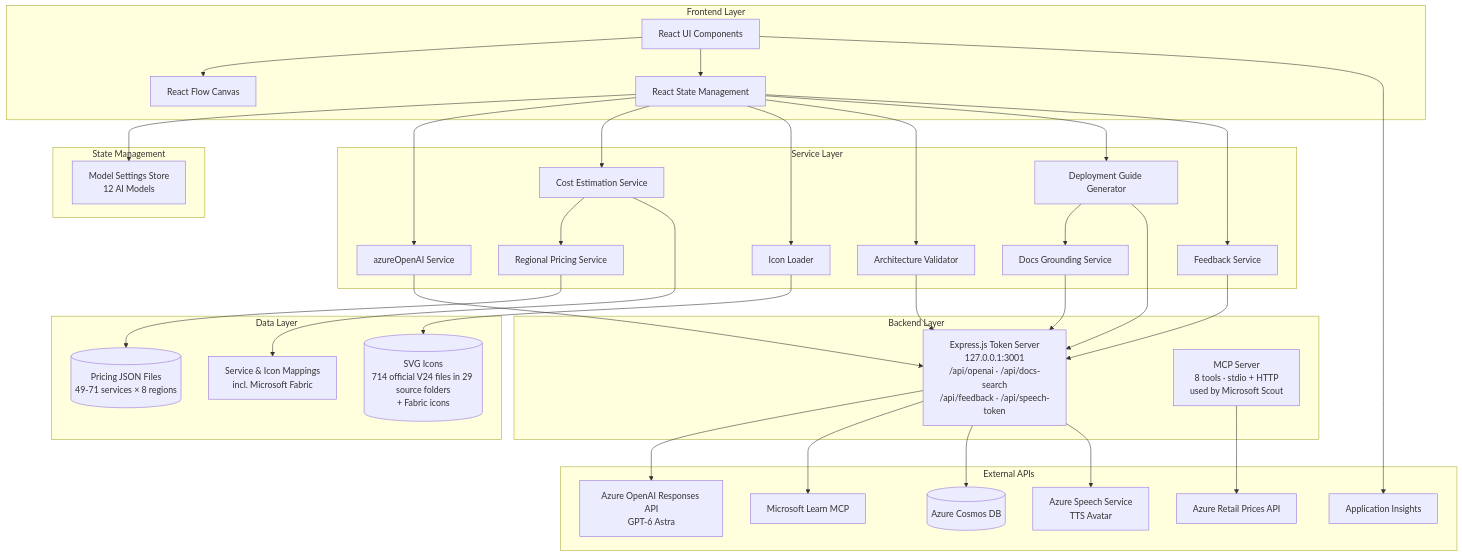
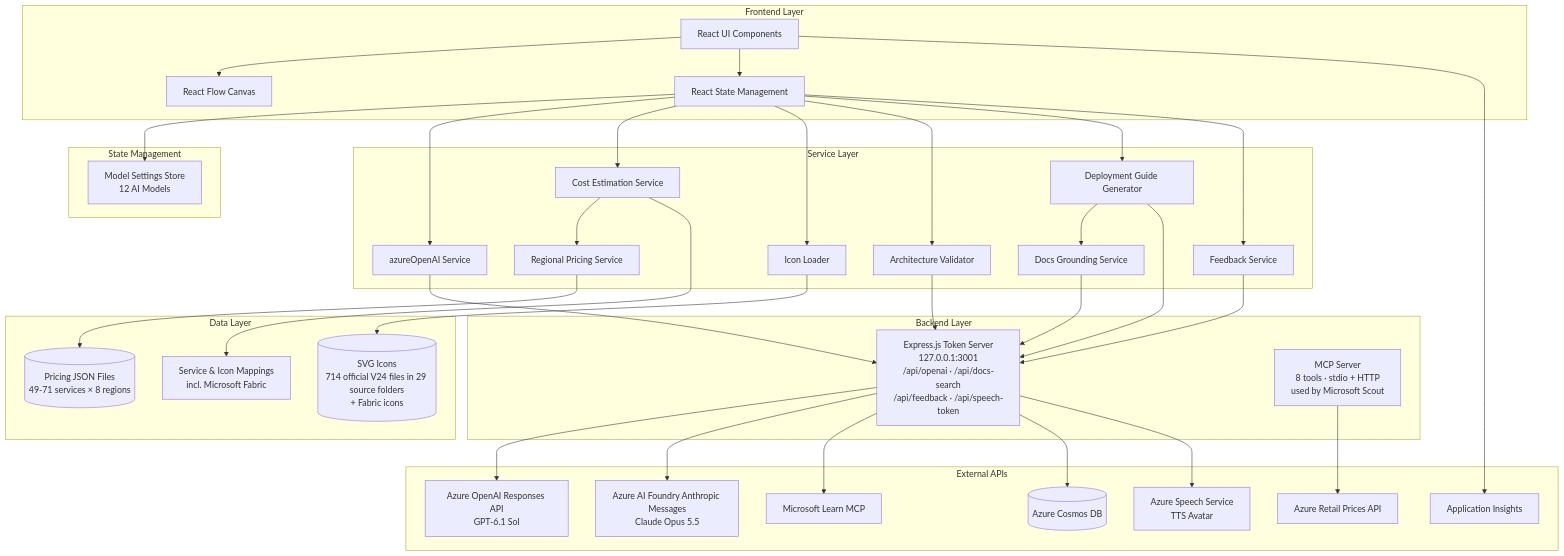
The first of 4 diagrams in DOCS/ARCHITECTURE.md (yang-jiayi/AzureDiagarm), drawn with Mermaid before and after one commit. The commit also changed other lines of this file and 68 other files, not shown here.

First line of the commit message:
Support managed GPT-6.1 Sol and Claude Opus 5.5

````diff
--- a/DOCS/ARCHITECTURE.md
+++ b/DOCS/ARCHITECTURE.md
@@ -15,69 +15,71 @@
 ```mermaid
 graph TB
     subgraph "Frontend Layer"
         UI[React UI Components]
         RF[React Flow Canvas]
         State[React State Management]
     end
 
     subgraph "Service Layer"
         AI[azureOpenAI Service]
         Pricing[Cost Estimation Service]
         Regional[Regional Pricing Service]
         Icons[Icon Loader]
         Validator[Architecture Validator]
         DeployGen[Deployment Guide Generator]
         DocsGround[Docs Grounding Service]
         Feedback[Feedback Service]
     end
 
     subgraph "State Management"
         ModelStore[Model Settings Store<br/>12 AI Models]
     end
 
     subgraph "Data Layer"
         PricingData[(Pricing JSON Files<br/>49-71 services × 8 regions)]
         IconData[(SVG Icons<br/>714 official V24 files in 29 source folders<br/>+ Fabric icons)]
         Mappings[Service & Icon Mappings<br/>incl. Microsoft Fabric]
     end
 
     subgraph "Backend Layer"
         TokenServer[Express.js Token Server<br/>127.0.0.1:3001<br/>/api/openai · /api/docs-search<br/>/api/feedback · /api/speech-token]
         MCP[MCP Server<br/>8 tools · stdio + HTTP<br/>used by Microsoft Scout]
     end
 
     subgraph "External APIs"
-        OpenAI[Azure OpenAI Responses API<br/>GPT-6 Astra]
+        OpenAI[Azure OpenAI Responses API<br/>GPT-6.1 Sol]
+        Foundry[Azure AI Foundry Anthropic Messages<br/>Claude Opus 5.5]
         LearnMCP[Microsoft Learn MCP]
         AzureAPI[Azure Retail Prices API]
         Cosmos[(Azure Cosmos DB)]
         AppInsightsAPI[Application Insights]
         SpeechAPI[Azure Speech Service<br/>TTS Avatar]
     end
 
     UI --> RF
     UI --> State
     State --> ModelStore
     State --> AI
     State --> Pricing
     State --> Icons
     State --> Validator
     State --> DeployGen
     State --> Feedback
     DeployGen --> DocsGround
     AI --> TokenServer
     Validator --> TokenServer
     DeployGen --> TokenServer
     DocsGround --> TokenServer
     Feedback --> TokenServer
     Pricing --> Regional
     Regional --> PricingData
     Icons --> IconData
     Pricing --> Mappings
     TokenServer --> OpenAI
+    TokenServer --> Foundry
     TokenServer --> LearnMCP
     TokenServer --> Cosmos
     TokenServer --> SpeechAPI
     UI --> AppInsightsAPI
     MCP --> AzureAPI
 ```
````
